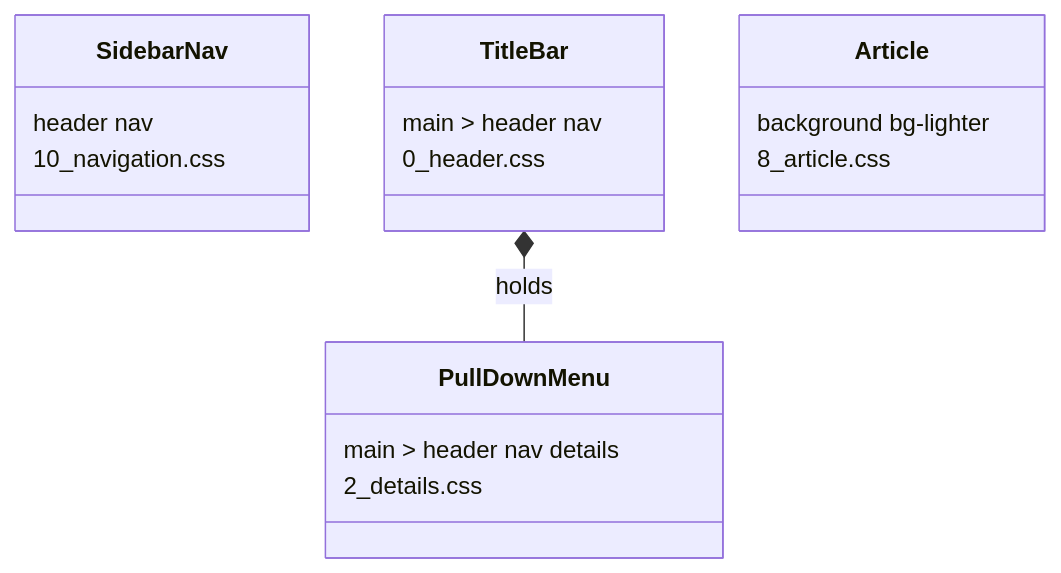
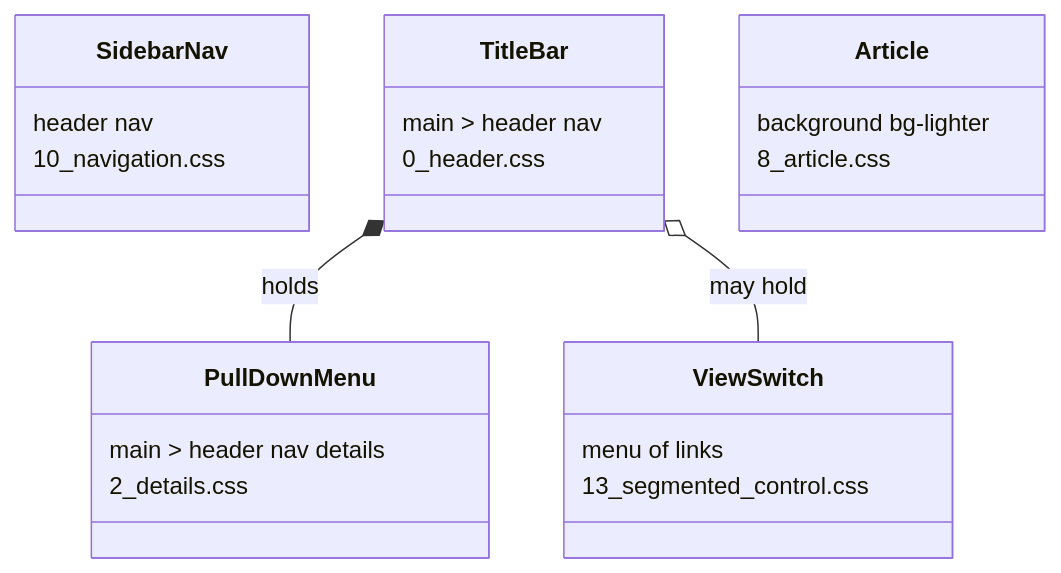
One commit to eirvandelden/MVPA.css changed the first of 2 diagrams in docs/changes/week-navigation/plan.md. Above: the diagram before and after it, drawn with Mermaid. The commit also changed other lines of this file, not shown here.

````diff
--- a/docs/changes/week-navigation/plan.md
+++ b/docs/changes/week-navigation/plan.md
@@ -22,20 +26,25 @@
 ```mermaid
 classDiagram
   class SidebarNav {
     header nav
     10_navigation.css
   }
   class TitleBar {
     main > header nav
     0_header.css
   }
   class PullDownMenu {
     main > header nav details
     2_details.css
   }
+  class ViewSwitch {
+    menu of links
+    13_segmented_control.css
+  }
   class Article {
     background bg-lighter
     8_article.css
   }
   TitleBar *-- PullDownMenu : holds
+  TitleBar o-- ViewSwitch : may hold
 ```
````
